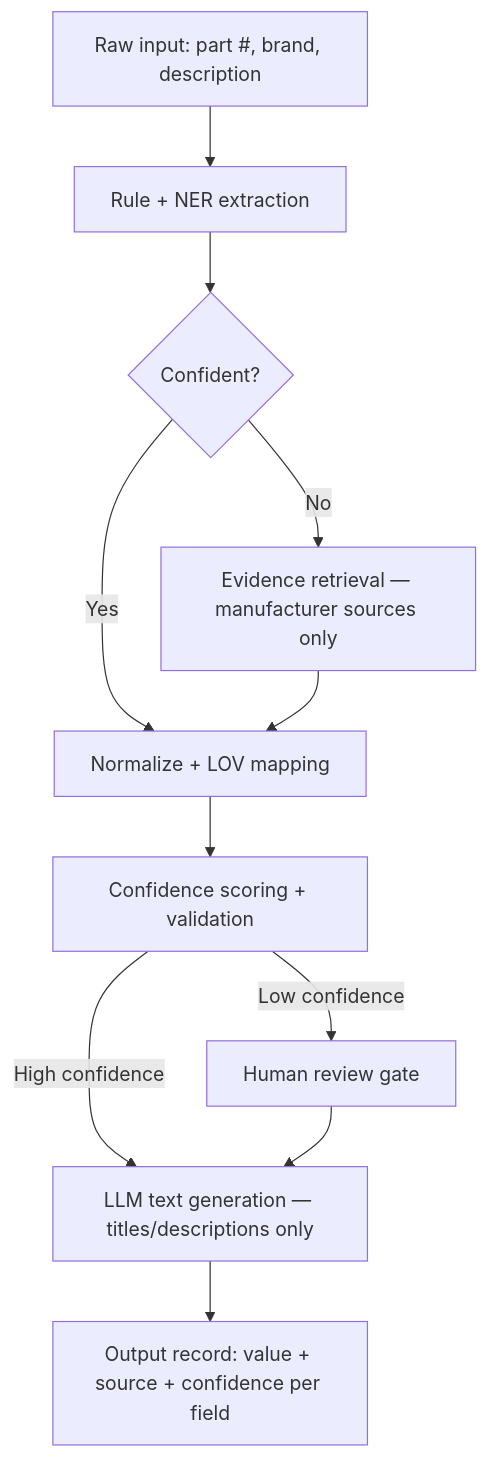
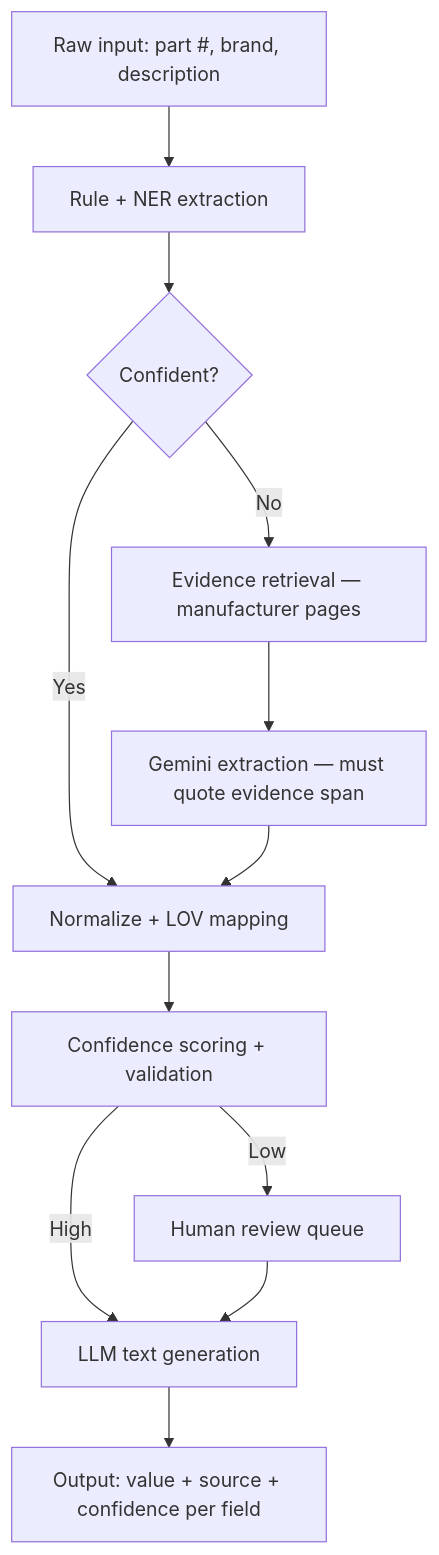
Before and after one commit to rohitdecodes/SpecForge: the diagram in README.md, drawn with Mermaid. The commit also changed other lines of this file and 2 other files, not shown here.

````diff
--- a/README.md
+++ b/README.md
@@ -34,13 +64,14 @@
 ```mermaid
 flowchart TD
     A[Raw input: part #, brand, description] --> B[Rule + NER extraction]
     B --> C{Confident?}
     C -->|Yes| E[Normalize + LOV mapping]
-    C -->|No| D[Evidence retrieval — manufacturer sources only]
-    D --> E
-    E --> F[Confidence scoring + validation]
-    F -->|High confidence| G[LLM text generation — titles/descriptions only]
-    F -->|Low confidence| H[Human review gate]
-    H --> G
-    G --> I[Output record: value + source + confidence per field]
+    C -->|No| D[Evidence retrieval — manufacturer pages]
+    D --> F[Gemini extraction — must quote evidence span]
+    F --> E
+    E --> G[Confidence scoring + validation]
+    G -->|High| H[LLM text generation]
+    G -->|Low| I[Human review queue]
+    I --> H
+    H --> J[Output: value + source + confidence per field]
 ```
````
